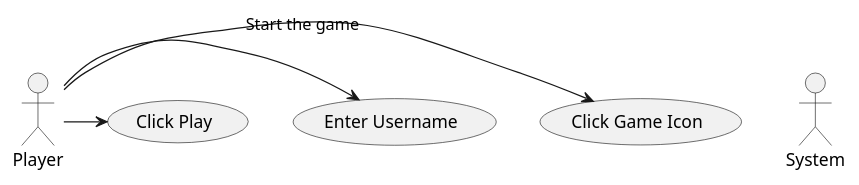
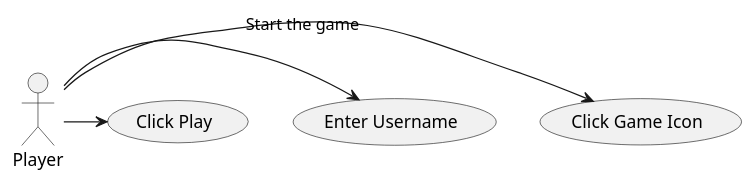
Before and after one commit to LosVerinos/Crossy-Road: the diagram in Diagram/UseCase/startGame.puml, drawn with PlantUML. The commit also changed 9 other files, not shown here.

```diff
--- a/Diagram/UseCase/startGame.puml
+++ b/Diagram/UseCase/startGame.puml
@@ -1,9 +1,8 @@
 @startuml
 actor Player
-actor System
 
 Player -> (Click Game Icon) : Start the game
 (Player) -> (Enter Username)
 (Player) -> (Click Play)
 
 @enduml
```
